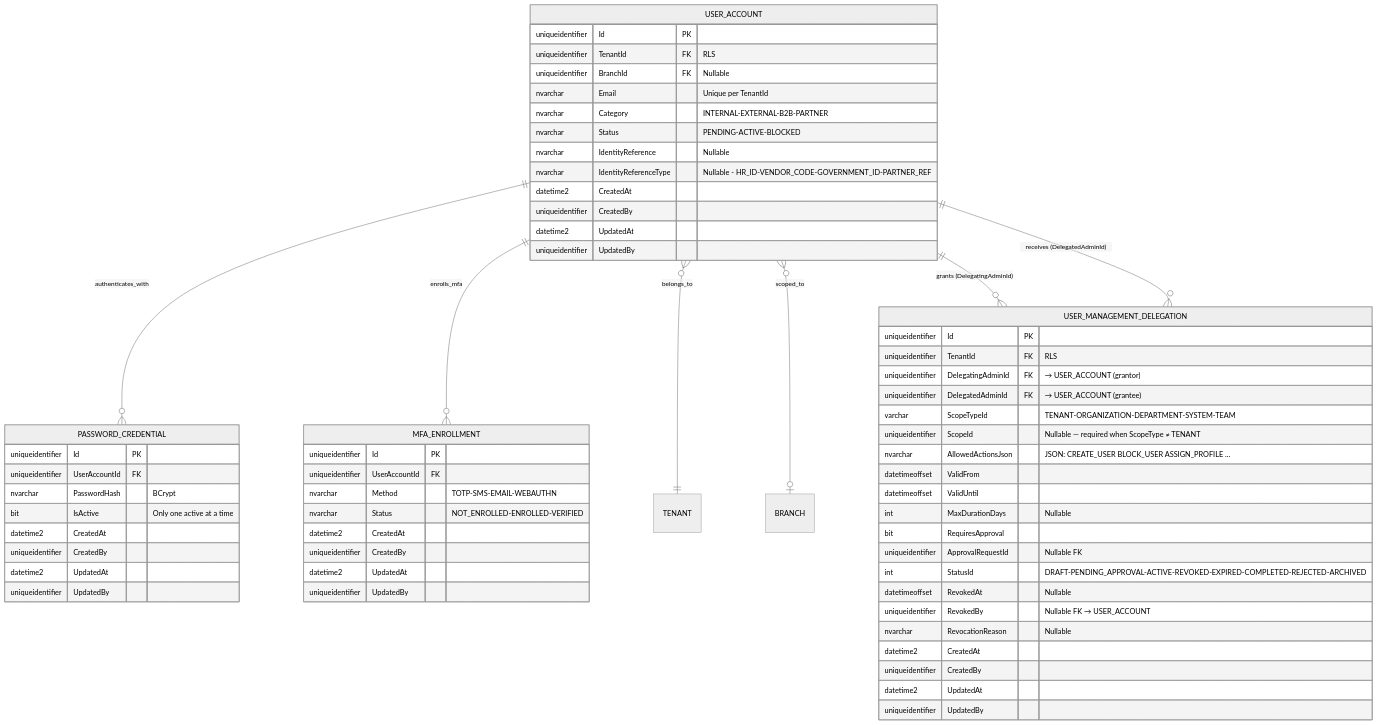
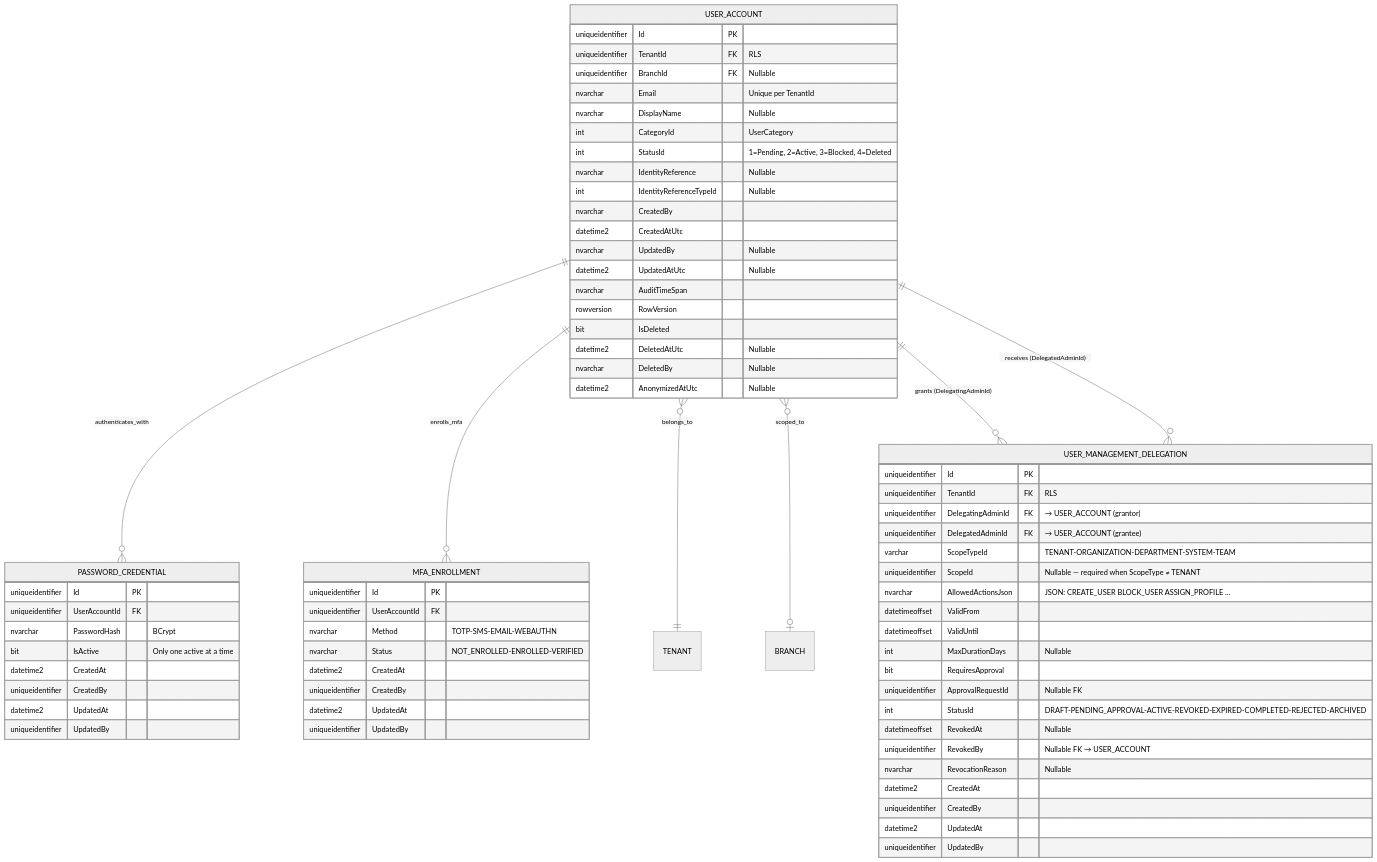
The fourth of 5 diagrams in docs/domain/identity/user-account.md (beyondnetcode/ums), drawn with Mermaid (neutral theme) before and after one commit. The commit also changed other lines of this file and 14 other files, not shown here.

Commit message:
docs(onboarding): align domain and ER models

````diff
--- a/docs/domain/identity/user-account.md
+++ b/docs/domain/identity/user-account.md
@@ -206,69 +212,76 @@
 ```mermaid
 erDiagram
     USER_ACCOUNT ||--o{ PASSWORD_CREDENTIAL        : "authenticates_with"
     USER_ACCOUNT ||--o{ MFA_ENROLLMENT             : "enrolls_mfa"
     USER_ACCOUNT }o--|| TENANT                     : "belongs_to"
     USER_ACCOUNT }o--o| BRANCH                     : "scoped_to"
     USER_ACCOUNT ||--o{ USER_MANAGEMENT_DELEGATION : "grants  (DelegatingAdminId)"
     USER_ACCOUNT ||--o{ USER_MANAGEMENT_DELEGATION : "receives (DelegatedAdminId)"
 
     USER_ACCOUNT {
         uniqueidentifier Id PK
         uniqueidentifier TenantId FK "RLS"
         uniqueidentifier BranchId FK "Nullable"
         nvarchar Email "Unique per TenantId"
-        nvarchar Category "INTERNAL-EXTERNAL-B2B-PARTNER"
-        nvarchar Status "PENDING-ACTIVE-BLOCKED"
+        nvarchar DisplayName "Nullable"
+        int CategoryId "UserCategory"
+        int StatusId "1=Pending, 2=Active, 3=Blocked, 4=Deleted"
         nvarchar IdentityReference "Nullable"
-        nvarchar IdentityReferenceType "Nullable - HR_ID-VENDOR_CODE-GOVERNMENT_ID-PARTNER_REF"
-        datetime2 CreatedAt
-        uniqueidentifier CreatedBy
-        datetime2 UpdatedAt
-        uniqueidentifier UpdatedBy
+        int IdentityReferenceTypeId "Nullable"
+        nvarchar CreatedBy
+        datetime2 CreatedAtUtc
+        nvarchar UpdatedBy "Nullable"
+        datetime2 UpdatedAtUtc "Nullable"
+        nvarchar AuditTimeSpan
+        rowversion RowVersion
+        bit IsDeleted
+        datetime2 DeletedAtUtc "Nullable"
+        nvarchar DeletedBy "Nullable"
+        datetime2 AnonymizedAtUtc "Nullable"
     }
 
     PASSWORD_CREDENTIAL {
         uniqueidentifier Id PK
         uniqueidentifier UserAccountId FK
         nvarchar PasswordHash "BCrypt"
         bit IsActive "Only one active at a time"
         datetime2 CreatedAt
         uniqueidentifier CreatedBy
         datetime2 UpdatedAt
         uniqueidentifier UpdatedBy
     }
 
     MFA_ENROLLMENT {
         uniqueidentifier Id PK
         uniqueidentifier UserAccountId FK
         nvarchar Method "TOTP-SMS-EMAIL-WEBAUTHN"
         nvarchar Status "NOT_ENROLLED-ENROLLED-VERIFIED"
         datetime2 CreatedAt
         uniqueidentifier CreatedBy
         datetime2 UpdatedAt
         uniqueidentifier UpdatedBy
     }
 
     USER_MANAGEMENT_DELEGATION {
         uniqueidentifier Id PK
         uniqueidentifier TenantId FK "RLS"
         uniqueidentifier DelegatingAdminId FK "→ USER_ACCOUNT (grantor)"
         uniqueidentifier DelegatedAdminId FK "→ USER_ACCOUNT (grantee)"
         varchar ScopeTypeId "TENANT-ORGANIZATION-DEPARTMENT-SYSTEM-TEAM"
         uniqueidentifier ScopeId "Nullable — required when ScopeType ≠ TENANT"
         nvarchar AllowedActionsJson "JSON: CREATE_USER BLOCK_USER ASSIGN_PROFILE ..."
         datetimeoffset ValidFrom
         datetimeoffset ValidUntil
         int MaxDurationDays "Nullable"
         bit RequiresApproval
         uniqueidentifier ApprovalRequestId "Nullable FK"
         int StatusId "DRAFT-PENDING_APPROVAL-ACTIVE-REVOKED-EXPIRED-COMPLETED-REJECTED-ARCHIVED"
         datetimeoffset RevokedAt "Nullable"
         uniqueidentifier RevokedBy "Nullable FK → USER_ACCOUNT"
         nvarchar RevocationReason "Nullable"
         datetime2 CreatedAt
         uniqueidentifier CreatedBy
         datetime2 UpdatedAt
         uniqueidentifier UpdatedBy
     }
 ```
````
